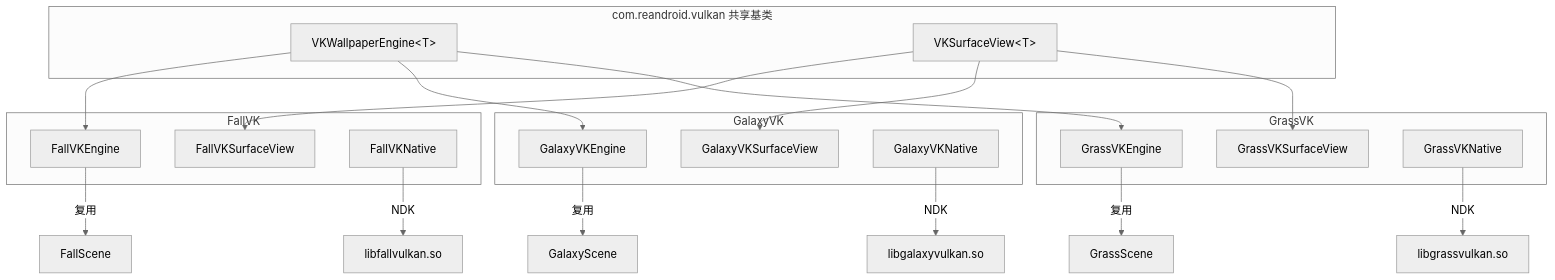
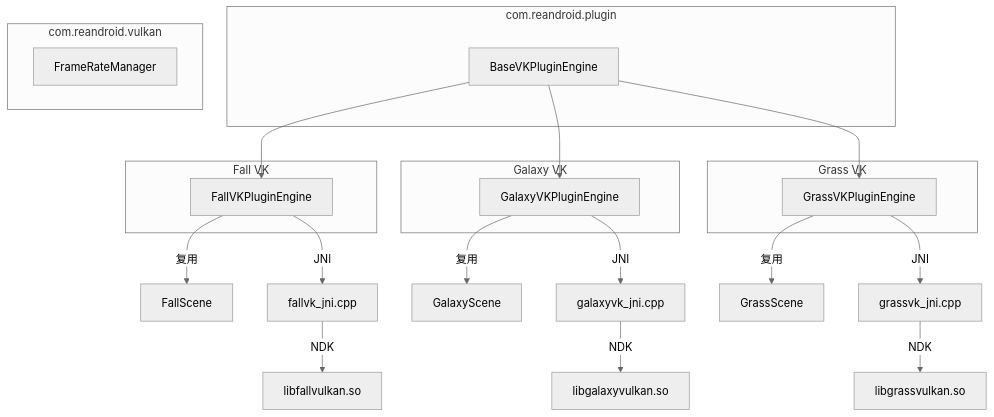
Before and after one commit to dynnbw/RE-Android-Live-Wallpapers: the third of 3 diagrams in README.md, drawn with Mermaid (neutral theme). The commit also changed other lines of this file and 1 other file, not shown here.

````diff
--- a/README.md
+++ b/README.md
@@ -350,37 +366,34 @@
 ```mermaid
 graph TD
-    subgraph BASE[com.reandroid.vulkan 共享基类]
-        ENG[VKWallpaperEngine&lt;T&gt;]
-        VIEW[VKSurfaceView&lt;T&gt;]
+    subgraph PLUGIN[com.reandroid.plugin]
+        VKP[BaseVKPluginEngine]
     end
-    subgraph FALL[FallVK]
-        FALL_E[FallVKEngine]
-        FALL_V[FallVKSurfaceView]
-        FALL_J[FallVKNative]
+    subgraph VULKAN[com.reandroid.vulkan]
+        FRAME[FrameRateManager]
     end
-    subgraph GALAXY[GalaxyVK]
-        GAL_E[GalaxyVKEngine]
-        GAL_V[GalaxyVKSurfaceView]
-        GAL_J[GalaxyVKNative]
+    subgraph FALL[Fall VK]
+        FALL_E[FallVKPluginEngine]
     end
-    subgraph GRASS[GrassVK]
-        GRA_E[GrassVKEngine]
-        GRA_V[GrassVKSurfaceView]
-        GRA_J[GrassVKNative]
+    subgraph GALAXY[Galaxy VK]
+        GAL_E[GalaxyVKPluginEngine]
+    end
+    subgraph GRASS[Grass VK]
+        GRA_E[GrassVKPluginEngine]
     end
 
-    ENG --> FALL_E
-    ENG --> GAL_E
-    ENG --> GRA_E
-    VIEW --> FALL_V
-    VIEW --> GAL_V
-    VIEW --> GRA_V
+    VKP --> FALL_E
+    VKP --> GAL_E
+    VKP --> GRA_E
 
     FALL_E -->|复用| FallScene
     GAL_E -->|复用| GalaxyScene
     GRA_E -->|复用| GrassScene
 
-    FALL_J -->|NDK| FALL_SO[libfallvulkan.so]
-    GAL_J -->|NDK| GAL_SO[libgalaxyvulkan.so]
-    GRA_J -->|NDK| GRA_SO[libgrassvulkan.so]
+    FALL_E -->|JNI| FALL_JNI[fallvk_jni.cpp]
+    GAL_E -->|JNI| GAL_JNI[galaxyvk_jni.cpp]
+    GRA_E -->|JNI| GRA_JNI[grassvk_jni.cpp]
+
+    FALL_JNI -->|NDK| FALL_SO[libfallvulkan.so]
+    GAL_JNI -->|NDK| GAL_SO[libgalaxyvulkan.so]
+    GRA_JNI -->|NDK| GRA_SO[libgrassvulkan.so]
 ```
````
